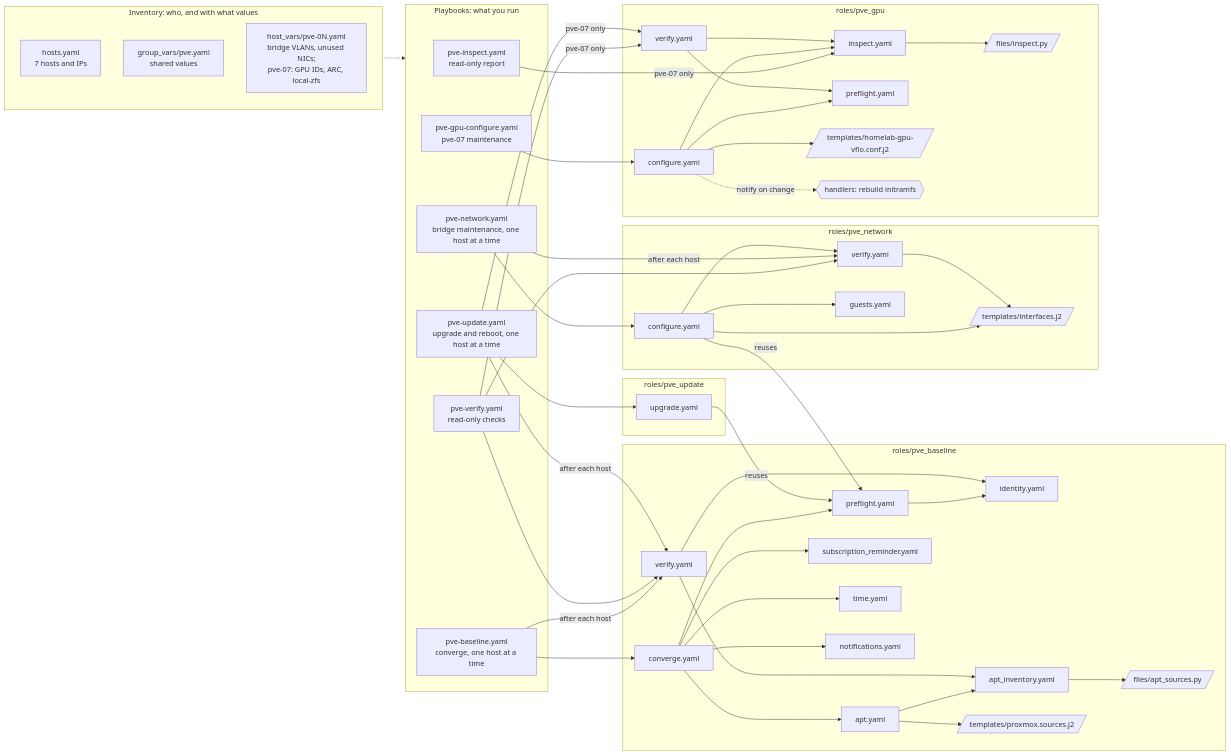
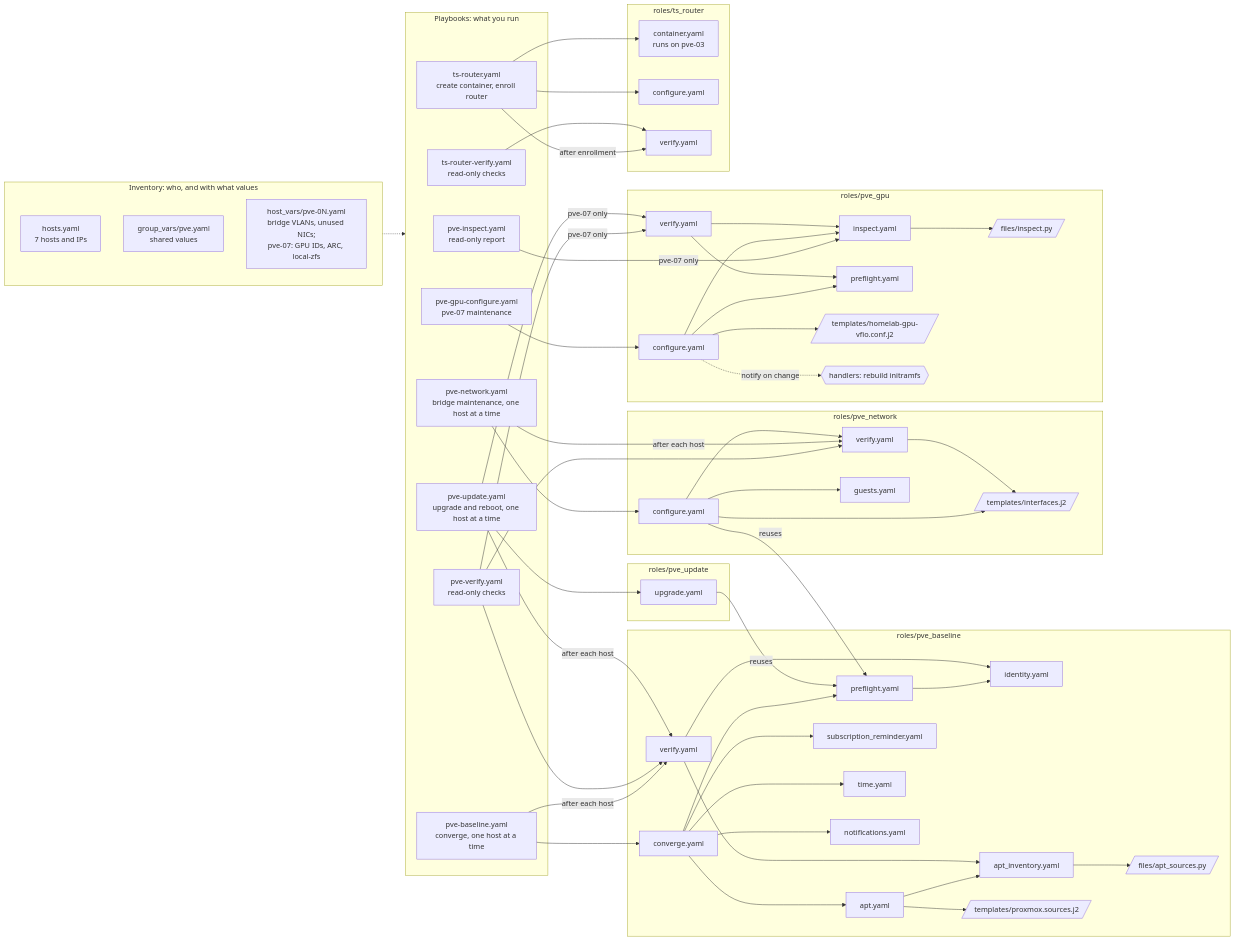
Before and after one commit to DaltonBuilds/homelab-infra: the diagram in docs/ansible-structure.md, drawn with Mermaid. The commit also changed other lines of this file and 13 other files, not shown here.

```diff
--- a/docs/ansible-structure.md
+++ b/docs/ansible-structure.md
@@ -17,6 +17,8 @@
     update["pve-update.yaml<br/>upgrade and reboot, one host at a time"]
     netcfg["pve-network.yaml<br/>bridge maintenance, one host at a time"]
     gpucfg["pve-gpu-configure.yaml<br/>pve-07 maintenance"]
+    tsr["ts-router.yaml<br/>create container, enroll router"]
+    tsrver["ts-router-verify.yaml<br/>read-only checks"]
   end
 
   subgraph rb["roles/pve_baseline"]
@@ -54,6 +56,12 @@
     ghand{{"handlers: rebuild initramfs"}}
   end
 
+  subgraph rt["roles/ts_router"]
+    tcont["container.yaml<br/>runs on pve-03"]
+    tconf["configure.yaml"]
+    tver["verify.yaml"]
+  end
+
   inv -.-> pb
 
   inspect -->|"pve-07 only"| ginsp
@@ -85,6 +93,11 @@
   nconf --> nguest
   nver --> ntpl
 
+  tsr --> tcont
+  tsr --> tconf
+  tsr -->|"after enrollment"| tver
+  tsrver --> tver
+
   gconf --> ginsp --> gpy
   gconf --> gpre
   gconf --> gtpl
```
